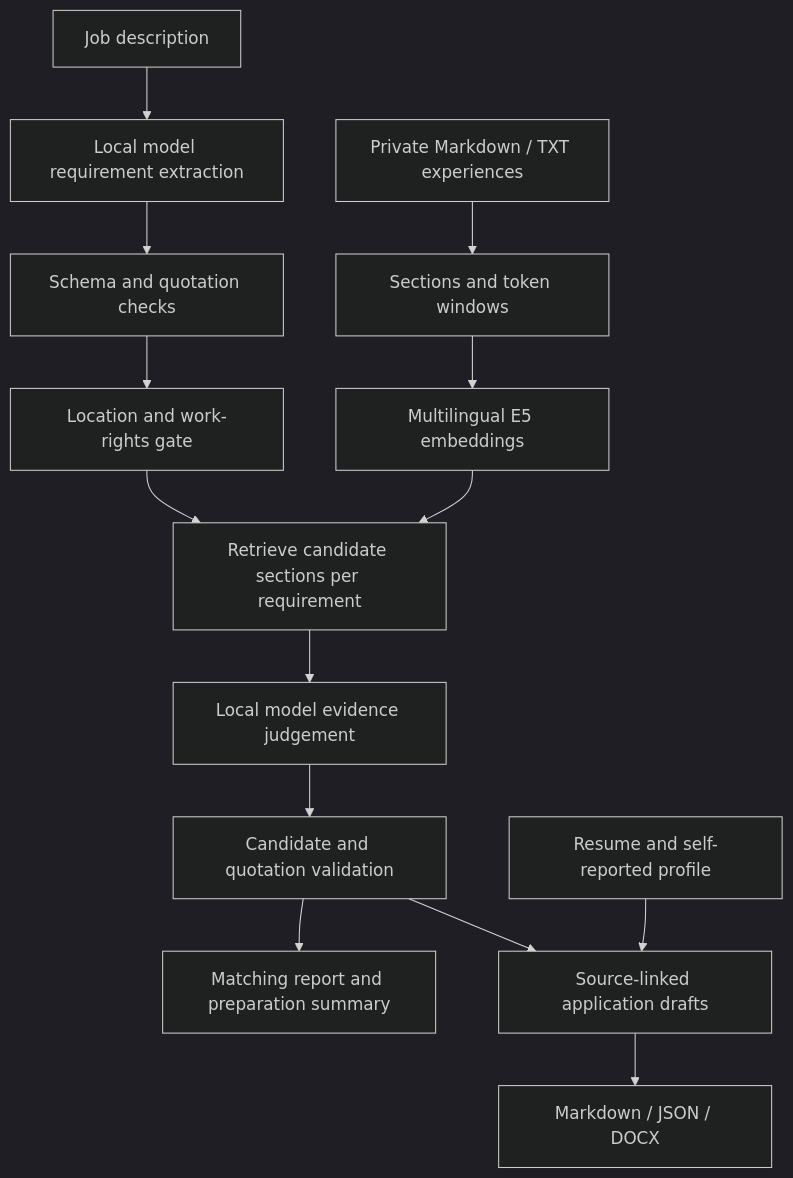
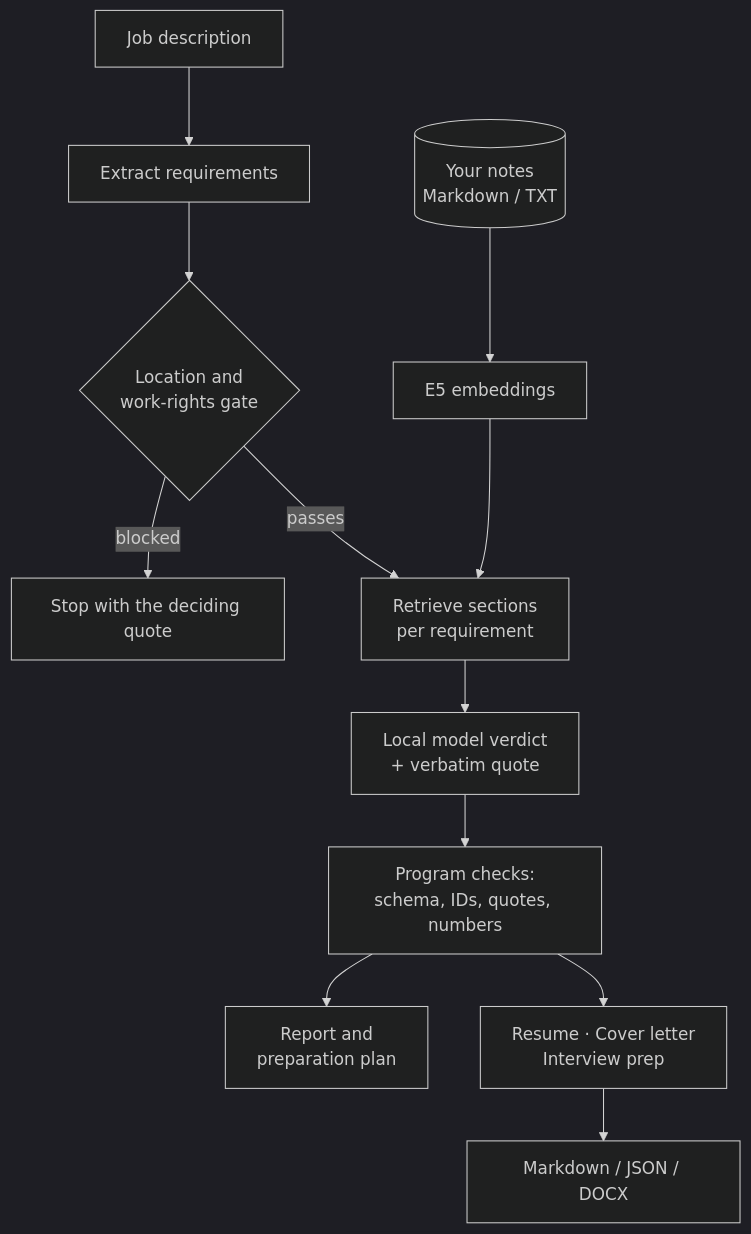
Before and after one commit to Maxwell2048/job-application-assistant: the diagram in README.md, drawn with Mermaid (dark theme). The commit also changed other lines of this file and 3 other files, not shown here.

````diff
--- a/README.md
+++ b/README.md
@@ -95,16 +164,13 @@
 ```mermaid
-flowchart TD
-    A[Private Markdown / TXT experiences] --> B[Sections and token windows]
-    B --> C[Multilingual E5 embeddings]
-    D[Job description] --> E[Local model requirement extraction]
-    E --> F[Schema and quotation checks]
-    F --> FG[Location and work-rights gate]
-    FG --> G[Retrieve candidate sections per requirement]
-    C --> G
-    G --> H[Local model evidence judgement]
-    H --> I[Candidate and quotation validation]
-    I --> J[Matching report and preparation summary]
-    I --> K[Source-linked application drafts]
-    L[Resume and self-reported profile] --> K
-    K --> M[Markdown / JSON / DOCX]
+flowchart TB
+    JD[Job description] --> EX[Extract requirements]
+    EX --> GATE{Location and<br>work-rights gate}
+    GATE -- blocked --> STOP[Stop with the deciding quote]
+    GATE -- passes --> RET[Retrieve sections<br>per requirement]
+    NOTES[(Your notes<br>Markdown / TXT)] --> EMB[E5 embeddings] --> RET
+    RET --> JUDGE[Local model verdict<br>+ verbatim quote]
+    JUDGE --> VAL[Program checks:<br>schema, IDs, quotes, numbers]
+    VAL --> REP[Report and<br>preparation plan]
+    VAL --> DRAFT[Resume · Cover letter<br>Interview prep]
+    DRAFT --> DOCX[Markdown / JSON / DOCX]
 ```
````
